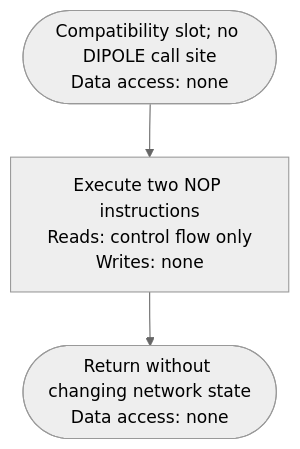
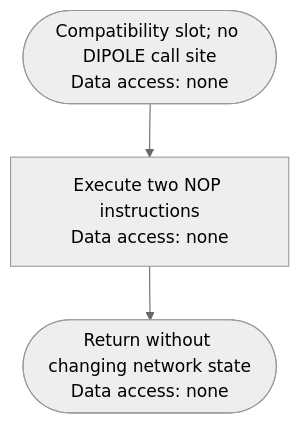
Before and after one commit to sharpninja/NeuralNetworks: the fourth of 44 diagrams in docs/Diagrams/CL-ML-Activity-Diagrams.md, drawn with Mermaid (neutral theme). The commit also changed other lines of this file and 10 other files, not shown here.

````diff
--- a/docs/Diagrams/CL-ML-Activity-Diagrams.md
+++ b/docs/Diagrams/CL-ML-Activity-Diagrams.md
@@ -114,5 +146,5 @@
 ```mermaid
 flowchart TD
-    A(["Compatibility slot; no DIPOLE call site<br/>Data access: none"]) --> B["Execute two NOP instructions<br/>Reads: control flow only<br/>Writes: none"]
+    A(["Compatibility slot; no DIPOLE call site<br/>Data access: none"]) --> B["Execute two NOP instructions<br/>Data access: none"]
     B --> C(["Return without changing network state<br/>Data access: none"])
 ```
````
